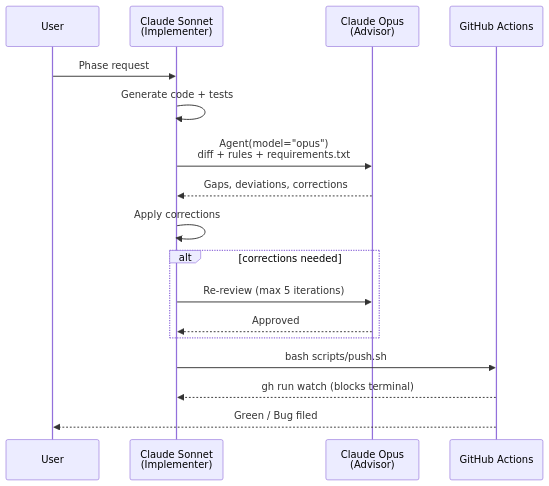
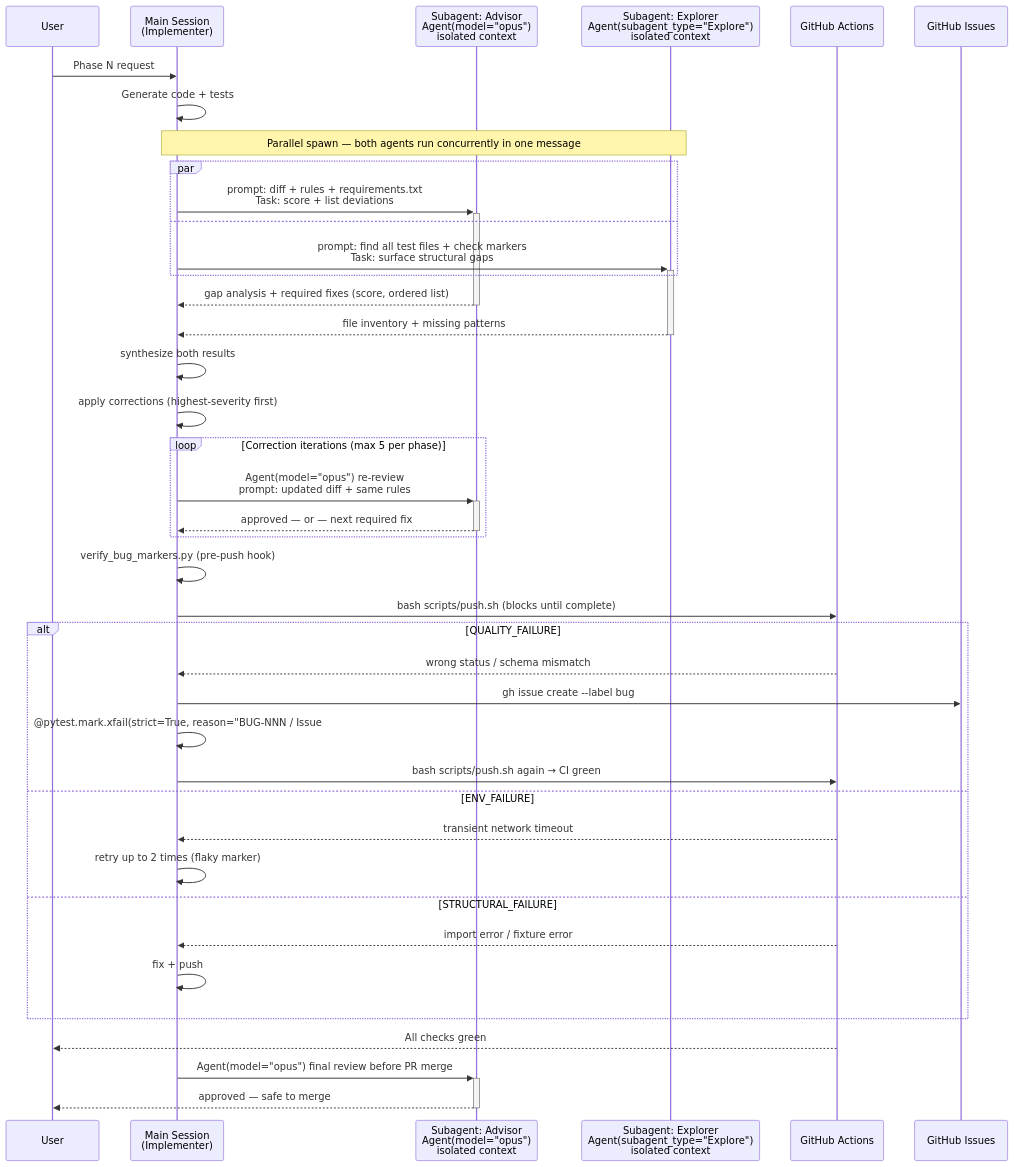
The third of 7 diagrams in README.md (sks-54/api-test-framework), drawn with Mermaid before and after one commit. The commit also changed other lines of this file and 4 other files, not shown here.

First line of the commit message:
docs: comprehensive README with 6 architecture diagrams (#13)

````diff
--- a/README.md
+++ b/README.md
@@ -55,20 +168,49 @@
 ```mermaid
 sequenceDiagram
     participant U as User
-    participant S as Claude Sonnet<br/>(Implementer)
-    participant O as Claude Opus<br/>(Advisor)
+    participant M as Main Session<br/>(Implementer)
+    participant O as Subagent: Advisor<br/>Agent(model="opus")<br/>isolated context
+    participant E as Subagent: Explorer<br/>Agent(subagent_type="Explore")<br/>isolated context
     participant CI as GitHub Actions
+    participant GH as GitHub Issues
 
-    U->>S: Phase request
-    S->>S: Generate code + tests
-    S->>O: Agent(model="opus")<br/>diff + rules + requirements.txt
-    O-->>S: Gaps, deviations, corrections
-    S->>S: Apply corrections
-    alt corrections needed
-        S->>O: Re-review (max 5 iterations)
-        O-->>S: Approved
+    U->>M: Phase N request
+    M->>M: Generate code + tests
+
+    Note over M,E: Parallel spawn — both agents run concurrently in one message
+    par
+        M->>+O: prompt: diff + rules + requirements.txt<br/>Task: score + list deviations
+    and
+        M->>+E: prompt: find all test files + check markers<br/>Task: surface structural gaps
     end
-    S->>CI: bash scripts/push.sh
-    CI-->>S: gh run watch (blocks terminal)
-    CI-->>U: Green / Bug filed
+    O-->>-M: gap analysis + required fixes (score, ordered list)
+    E-->>-M: file inventory + missing patterns
+
+    M->>M: synthesize both results
+    M->>M: apply corrections (highest-severity first)
+
+    loop Correction iterations (max 5 per phase)
+        M->>+O: Agent(model="opus") re-review<br/>prompt: updated diff + same rules
+        O-->>-M: approved — or — next required fix
+    end
+
+    M->>M: verify_bug_markers.py (pre-push hook)
+    M->>CI: bash scripts/push.sh (blocks until complete)
+
+    alt QUALITY_FAILURE
+        CI-->>M: wrong status / schema mismatch
+        M->>GH: gh issue create --label bug
+        M->>M: @pytest.mark.xfail(strict=True, reason="BUG-NNN / Issue #N")
+        M->>CI: bash scripts/push.sh again → CI green
+    else ENV_FAILURE
+        CI-->>M: transient network timeout
+        M->>M: retry up to 2 times (flaky marker)
+    else STRUCTURAL_FAILURE
+        CI-->>M: import error / fixture error
+        M->>M: fix + push
+    end
+
+    CI-->>U: All checks green
+    M->>+O: Agent(model="opus") final review before PR merge
+    O-->>-U: approved — safe to merge
 ```
````
